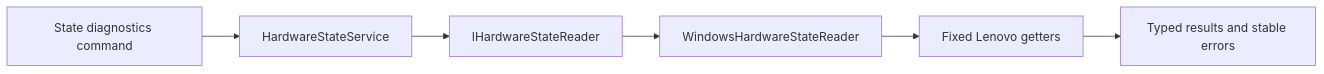
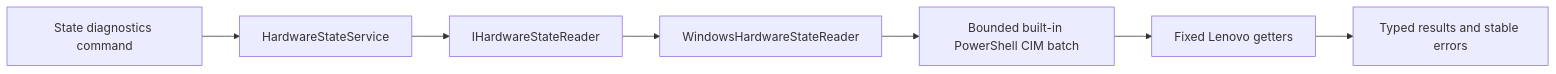
One commit to Anandb71/Legion-LOQ-control changed the second of 4 diagrams in docs/ARCHITECTURE.md. Above: the diagram before and after it, drawn with Mermaid. The commit also changed other lines of this file and 10 other files, not shown here.

````diff
--- a/docs/ARCHITECTURE.md
+++ b/docs/ARCHITECTURE.md
@@ -60,8 +60,9 @@
 ```mermaid
 flowchart LR
     StateCli[State diagnostics command] --> StateService[HardwareStateService]
     StateService --> StatePort[IHardwareStateReader]
     StatePort --> WmiReader[WindowsHardwareStateReader]
-    WmiReader --> FixedGetters[Fixed Lenovo getters]
+    WmiReader --> PowerShell[Bounded built-in PowerShell CIM batch]
+    PowerShell --> FixedGetters[Fixed Lenovo getters]
     FixedGetters --> TypedResults[Typed results and stable errors]
 ```
````
